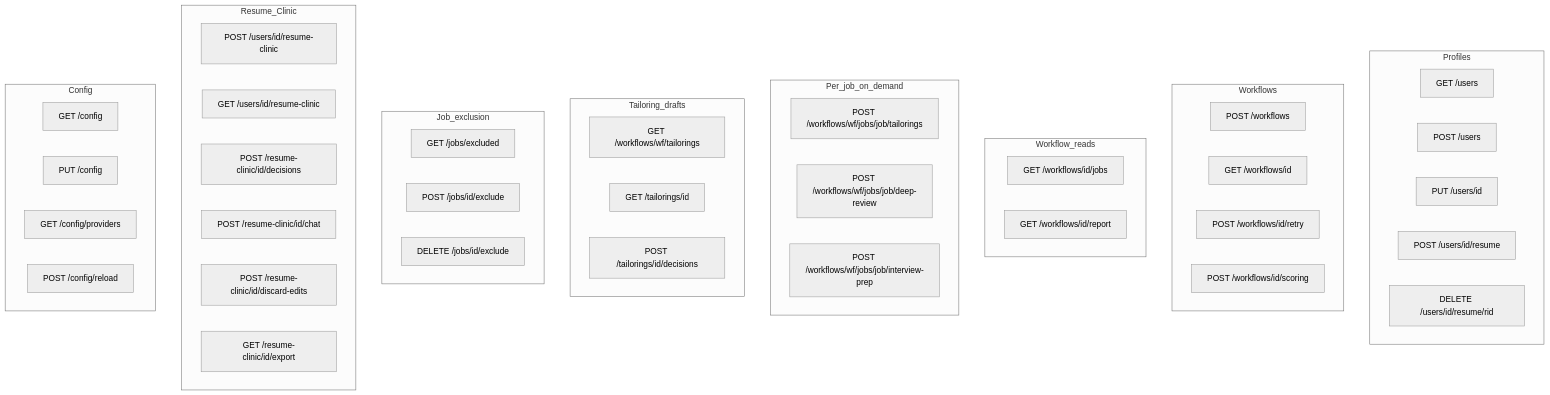
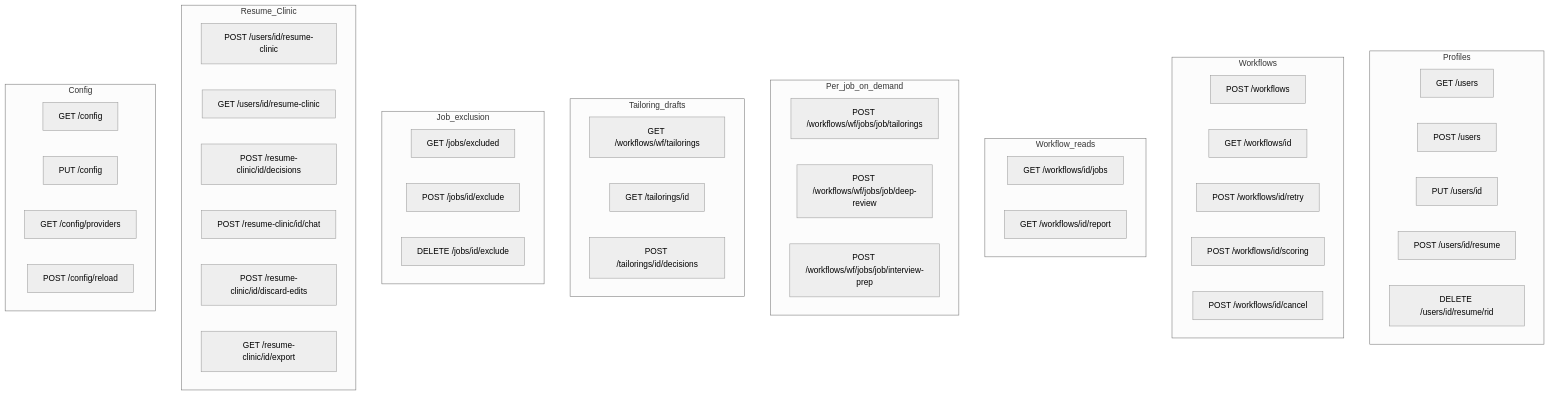
The diagram in docs/architecture/images/api_surface.mmd (suthrams/jobsearchagent-v2), drawn with Mermaid (neutral theme) before and after one commit. The commit also changed 13 other files, not shown here.

```diff
--- a/docs/architecture/images/api_surface.mmd
+++ b/docs/architecture/images/api_surface.mmd
@@ -1,54 +1,58 @@
+%% Textual mirror only. The published PNG is rendered from
+%% tools/figure_renderer/specs/api_surface.json (deterministic figure renderer),
+%% not from this file. Keep both in sync on any endpoint change.
 flowchart TB
     subgraph Profiles
         p1[GET /users]
         p2[POST /users]
         p3[PUT /users/id]
         p4[POST /users/id/resume]
         p5[DELETE /users/id/resume/rid]
     end
 
     subgraph Workflows
         w1[POST /workflows]
         w2[GET /workflows/id]
         w3[POST /workflows/id/retry]
         w4[POST /workflows/id/scoring]
+        w5[POST /workflows/id/cancel]
     end
 
     subgraph Workflow_reads
         r1[GET /workflows/id/jobs]
         r2[GET /workflows/id/report]
     end
 
     subgraph Per_job_on_demand
         d1[POST /workflows/wf/jobs/job/tailorings]
         d2[POST /workflows/wf/jobs/job/deep-review]
         d3[POST /workflows/wf/jobs/job/interview-prep]
     end
 
     subgraph Tailoring_drafts
         t1[GET /workflows/wf/tailorings]
         t2[GET /tailorings/id]
         t3[POST /tailorings/id/decisions]
     end
 
     subgraph Job_exclusion
         j1[GET /jobs/excluded]
         j2[POST /jobs/id/exclude]
         j3[DELETE /jobs/id/exclude]
     end
 
     subgraph Resume_Clinic
         c1[POST /users/id/resume-clinic]
         c2[GET /users/id/resume-clinic]
         c3[POST /resume-clinic/id/decisions]
         c4[POST /resume-clinic/id/chat]
         c5[POST /resume-clinic/id/discard-edits]
         c6[GET /resume-clinic/id/export]
     end
 
     subgraph Config
         f1[GET /config]
         f2[PUT /config]
         f3[GET /config/providers]
         f4[POST /config/reload]
     end
```
